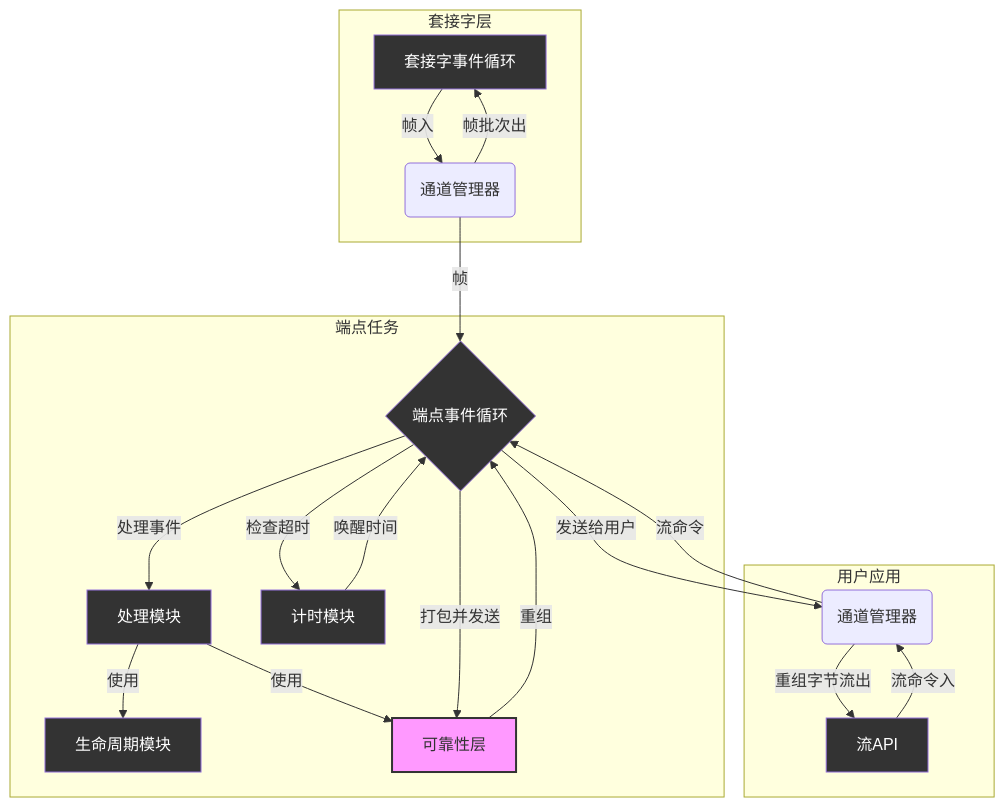
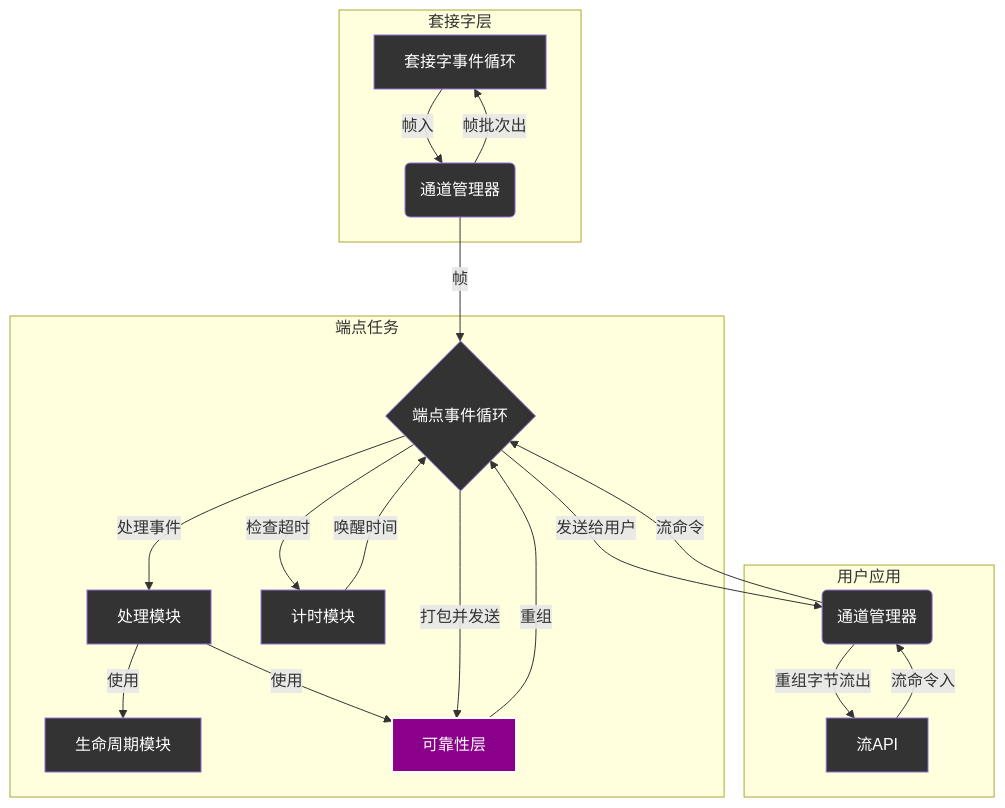
One commit to ShaoG-R/kestrel-protocol changed the second of 2 diagrams in docs/src/dev-docs/components/endpoint/README.md. Above: the diagram before and after it, drawn with Mermaid. The commit also changed 3 other files, not shown here.

````diff
--- a/docs/src/dev-docs/components/endpoint/README.md
+++ b/docs/src/dev-docs/components/endpoint/README.md
@@ -64,36 +64,38 @@
 ```mermaid
 graph TD
     subgraph "套接字层"
         A[套接字事件循环] -- "帧入" --> B(通道管理器)
         B -- "帧批次出" --> A
     end
 
     subgraph "用户应用"
         C[流API] -- "流命令入" --> E(通道管理器)
         E -- "重组字节流出" --> C
     end
 
     subgraph "端点任务"
         B -- "帧" --> D{端点事件循环}
         E -- "流命令" --> D
 
         D -- "处理事件" --> F[处理模块]
         F -- "使用" --> G[生命周期模块]
         F -- "使用" --> H[可靠性层]
         
         D -- "打包并发送" --> H
         H -- "重组" --> D
         D -- "发送给用户" --> E
 
         D -- "检查超时" --> I[计时模块]
         I -- "唤醒时间" --> D
     end
     
     style A fill:#333,color:#fff
+    style B fill:#333,color:#fff
     style C fill:#333,color:#fff
     style D fill:#333,color:#fff
+    style E fill:#333,color:#fff
     style F fill:#333,color:#fff
     style G fill:#333,color:#fff
     style I fill:#333,color:#fff
-    style H fill:#f9f,stroke:#333,stroke-width:2px
+    style H fill:#8B008B,color:#fff,stroke:#fff,stroke-width:2px
 ```
````
